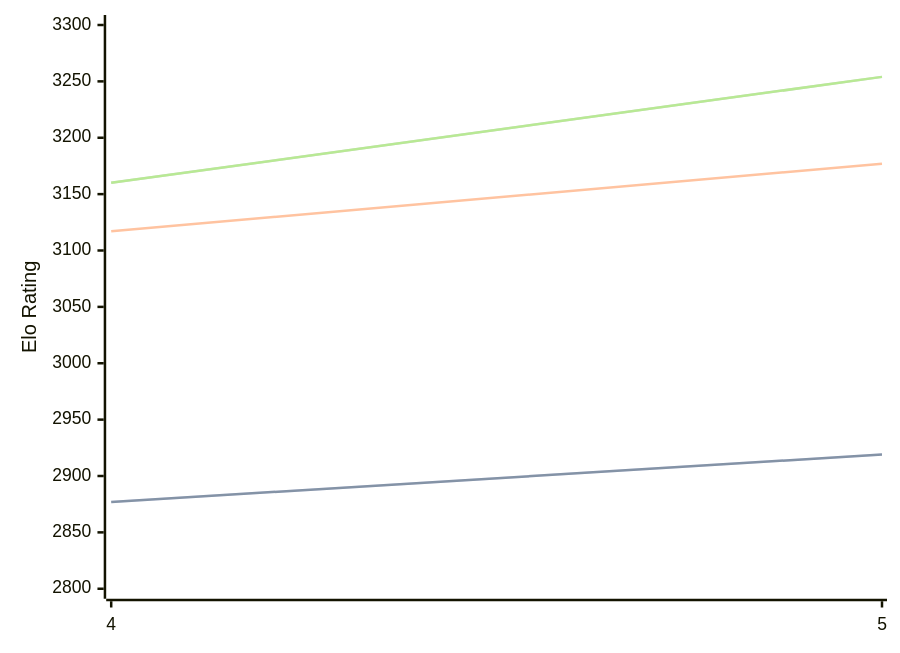
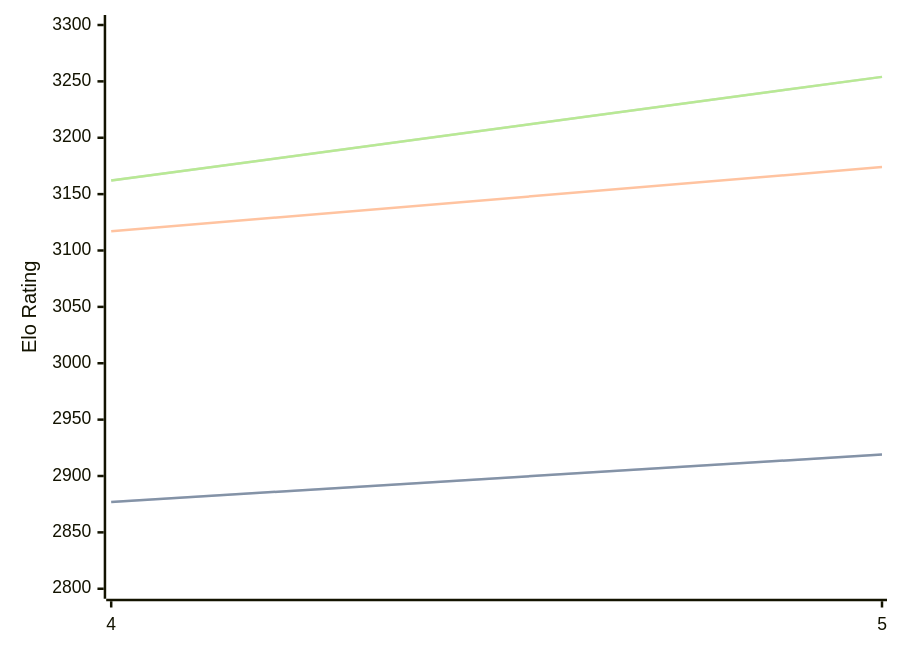
One commit to computer-chess-index/cci changed the diagram in engines/Cwtch.md. Above: the diagram before and after it, drawn with Mermaid. The commit also changed other lines of this file, not shown here.

Commit message:
Update CCI Ratings (ELO VLTC) - 2026-04-12

````diff
--- a/engines/Cwtch.md
+++ b/engines/Cwtch.md
@@ -34,11 +34,11 @@
 ```mermaid
 %%{init: {"theme":"base","themeVariables":{"seriesColors:['#a3a3a3','#222221','#faa371']}}}%%
 xychart-beta
   x-axis ["4", "5"]
   y-axis "Elo Rating" 2800 --> 3300
   line "STC (8.0+0.08s)" [2877, 2919]
   line "STC (8.0+0.08s)" [2877, 2919]
-  line "LTC (60.0+0.60s)" [3117, 3177]
-  line "VLTC (2m24s+1.12s)" [3160, 3254]
-  line "VLTC (2m24s+1.12s)" [3160, 3254]
+  line "LTC (60.0+0.60s)" [3117, 3174]
+  line "VLTC (2m24s+1.12s)" [3162, 3254]
+  line "VLTC (2m24s+1.12s)" [3162, 3254]
 ```
````
